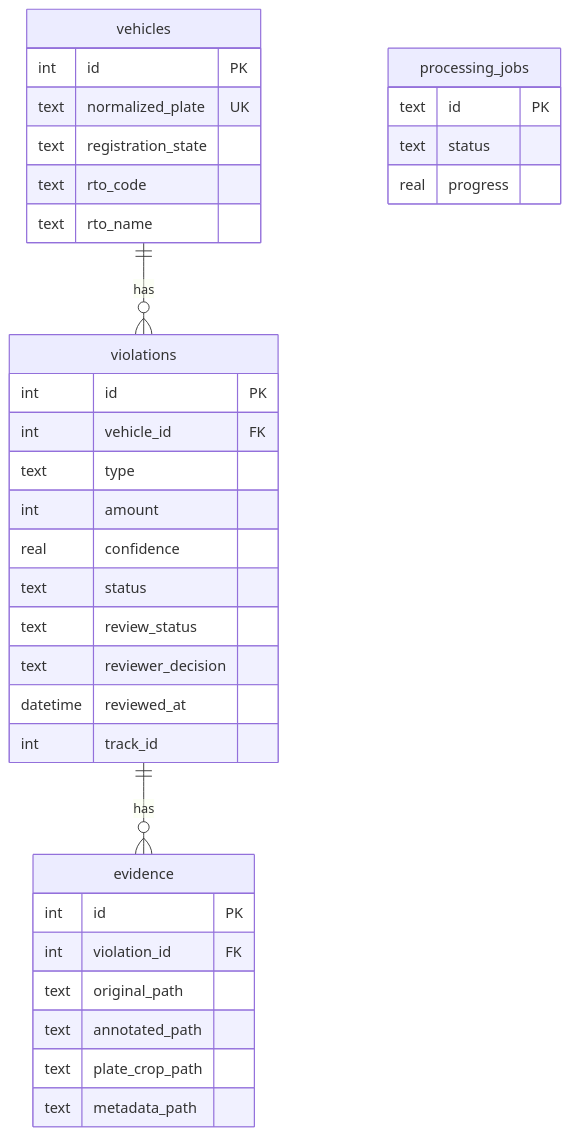
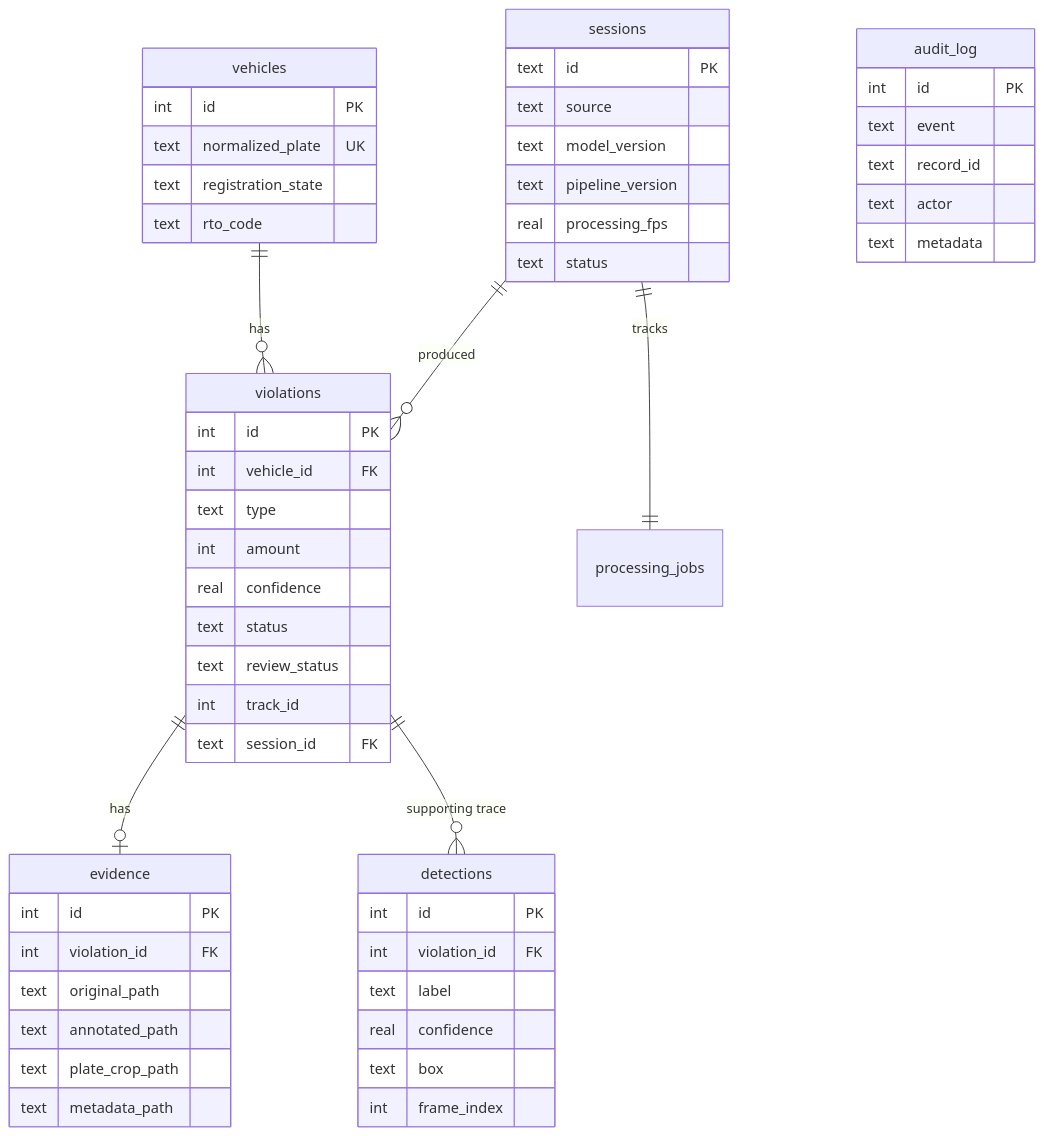
Before and after one commit to adivishall/two-wheeler-safety: the third of 3 diagrams in docs/ARCHITECTURE.md, drawn with Mermaid. The commit also changed other lines of this file and 3 other files, not shown here.

Commit message:
docs: architecture, API, security and decision records for the shared core

````diff
--- a/docs/ARCHITECTURE.md
+++ b/docs/ARCHITECTURE.md
@@ -130,37 +160,14 @@
 ```mermaid
 erDiagram
     vehicles ||--o{ violations : has
-    violations ||--o{ evidence : has
-    vehicles {
-        int id PK
-        text normalized_plate UK
-        text registration_state
-        text rto_code
-        text rto_name
-    }
-    violations {
-        int id PK
-        int vehicle_id FK
-        text type
-        int amount
-        real confidence
-        text status
-        text review_status
-        text reviewer_decision
-        datetime reviewed_at
-        int track_id
-    }
-    evidence {
-        int id PK
-        int violation_id FK
-        text original_path
-        text annotated_path
-        text plate_crop_path
-        text metadata_path
-    }
-    processing_jobs {
-        text id PK
-        text status
-        real progress
-    }
+    violations ||--o| evidence : has
+    violations ||--o{ detections : "supporting trace"
+    sessions ||--o{ violations : produced
+    sessions ||--|| processing_jobs : tracks
+    vehicles { int id PK  text normalized_plate UK  text registration_state  text rto_code }
+    violations { int id PK  int vehicle_id FK  text type  int amount  real confidence  text status  text review_status  int track_id  text session_id FK }
+    evidence { int id PK  int violation_id FK  text original_path  text annotated_path  text plate_crop_path  text metadata_path }
+    sessions { text id PK  text source  text model_version  text pipeline_version  real processing_fps  text status }
+    detections { int id PK  int violation_id FK  text label  real confidence  text box  int frame_index }
+    audit_log { int id PK  text event  text record_id  text actor  text metadata }
 ```
````
